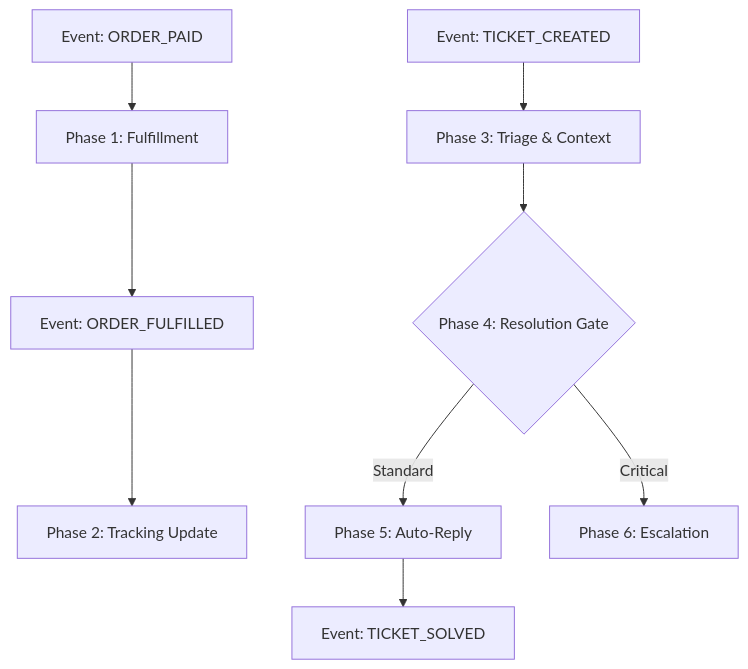
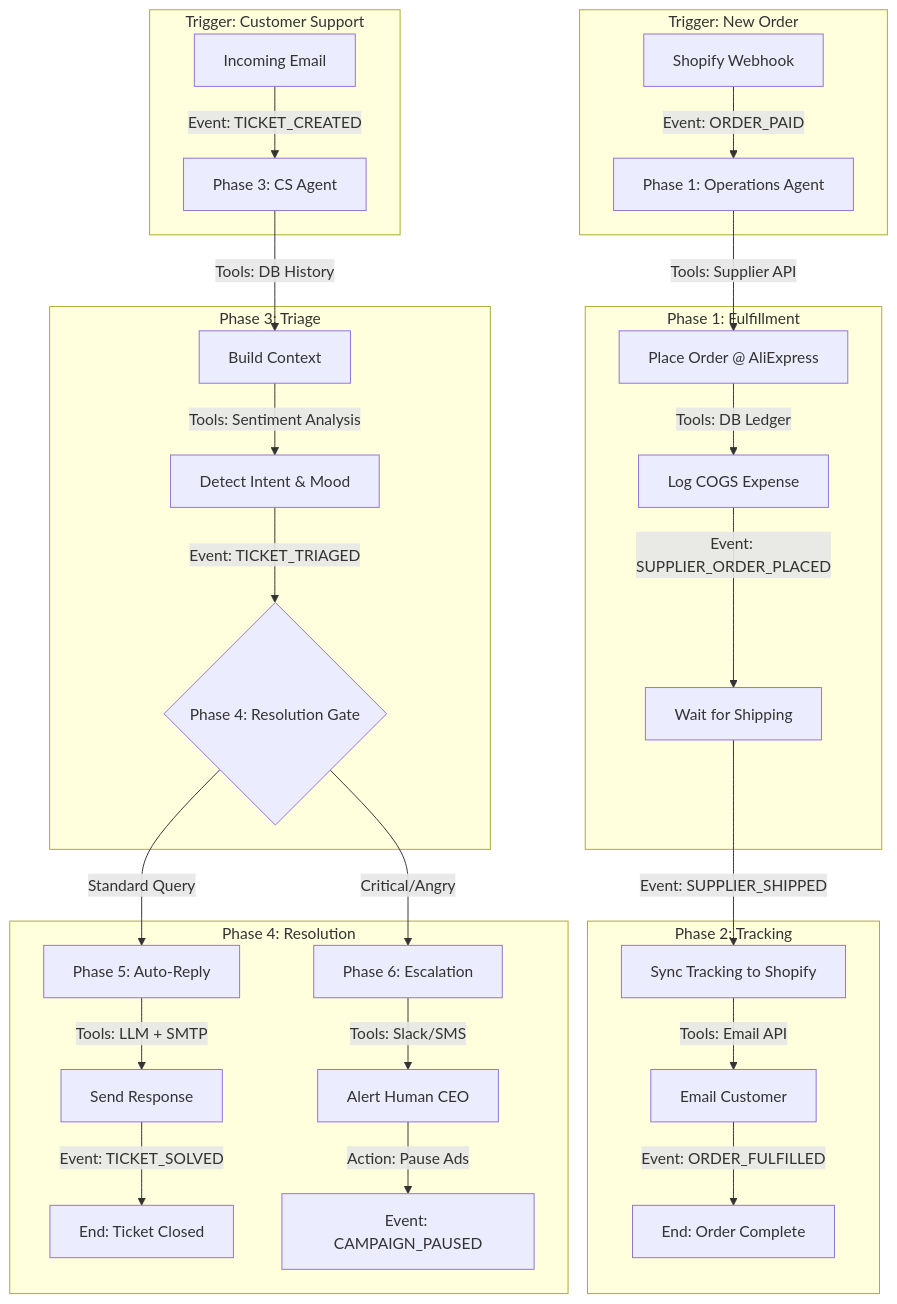
One commit to andylelli/ds1 changed the diagram in Documentation/Workflows/WORKFLOW_OPERATIONS.md. Above: the diagram before and after it, drawn with Mermaid. The commit also changed 2 other files, not shown here.

````diff
--- a/Documentation/Workflows/WORKFLOW_OPERATIONS.md
+++ b/Documentation/Workflows/WORKFLOW_OPERATIONS.md
@@ -11,12 +11,38 @@
 ```mermaid
 graph TD
-    A[Event: ORDER_PAID] --> B[Phase 1: Fulfillment]
-    B --> C[Event: ORDER_FULFILLED]
-    C --> D[Phase 2: Tracking Update]
-    
-    E[Event: TICKET_CREATED] --> F[Phase 3: Triage & Context]
-    F --> G{Phase 4: Resolution Gate}
-    G -- Standard --> H[Phase 5: Auto-Reply]
-    G -- Critical --> I[Phase 6: Escalation]
-    H --> J[Event: TICKET_SOLVED]
+    subgraph "Trigger: New Order"
+        Webhook[Shopify Webhook] -->|Event: ORDER_PAID| Ops[Phase 1: Operations Agent]
+    end
+
+    subgraph "Phase 1: Fulfillment"
+        Ops -->|Tools: Supplier API| Purchase[Place Order @ AliExpress]
+        Purchase -->|Tools: DB Ledger| Log[Log COGS Expense]
+        Log -->|Event: SUPPLIER_ORDER_PLACED| Wait[Wait for Shipping]
+    end
+
+    subgraph "Phase 2: Tracking"
+        Wait -->|Event: SUPPLIER_SHIPPED| Sync[Sync Tracking to Shopify]
+        Sync -->|Tools: Email API| Notify[Email Customer]
+        Notify -->|Event: ORDER_FULFILLED| Done1[End: Order Complete]
+    end
+
+    subgraph "Trigger: Customer Support"
+        Email[Incoming Email] -->|Event: TICKET_CREATED| CS[Phase 3: CS Agent]
+    end
+
+    subgraph "Phase 3: Triage"
+        CS -->|Tools: DB History| Context[Build Context]
+        Context -->|Tools: Sentiment Analysis| Intent[Detect Intent & Mood]
+        Intent -->|Event: TICKET_TRIAGED| Gate{Phase 4: Resolution Gate}
+    end
+
+    subgraph "Phase 4: Resolution"
+        Gate -- "Standard Query" --> Reply[Phase 5: Auto-Reply]
+        Reply -->|Tools: LLM + SMTP| Send[Send Response]
+        Send -->|Event: TICKET_SOLVED| Done2[End: Ticket Closed]
+
+        Gate -- "Critical/Angry" --> Escalate[Phase 6: Escalation]
+        Escalate -->|Tools: Slack/SMS| Alert[Alert Human CEO]
+        Alert -->|Action: Pause Ads| Safety[Event: CAMPAIGN_PAUSED]
+    end
 ```
````
